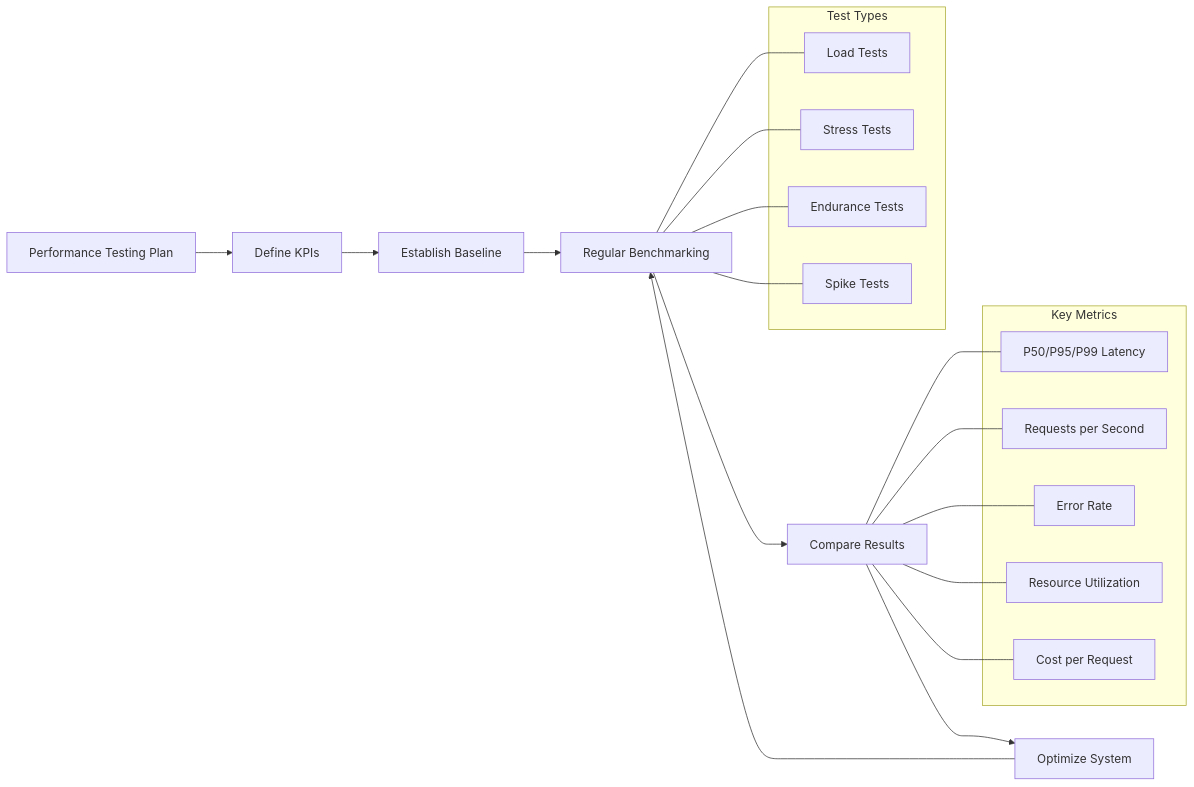
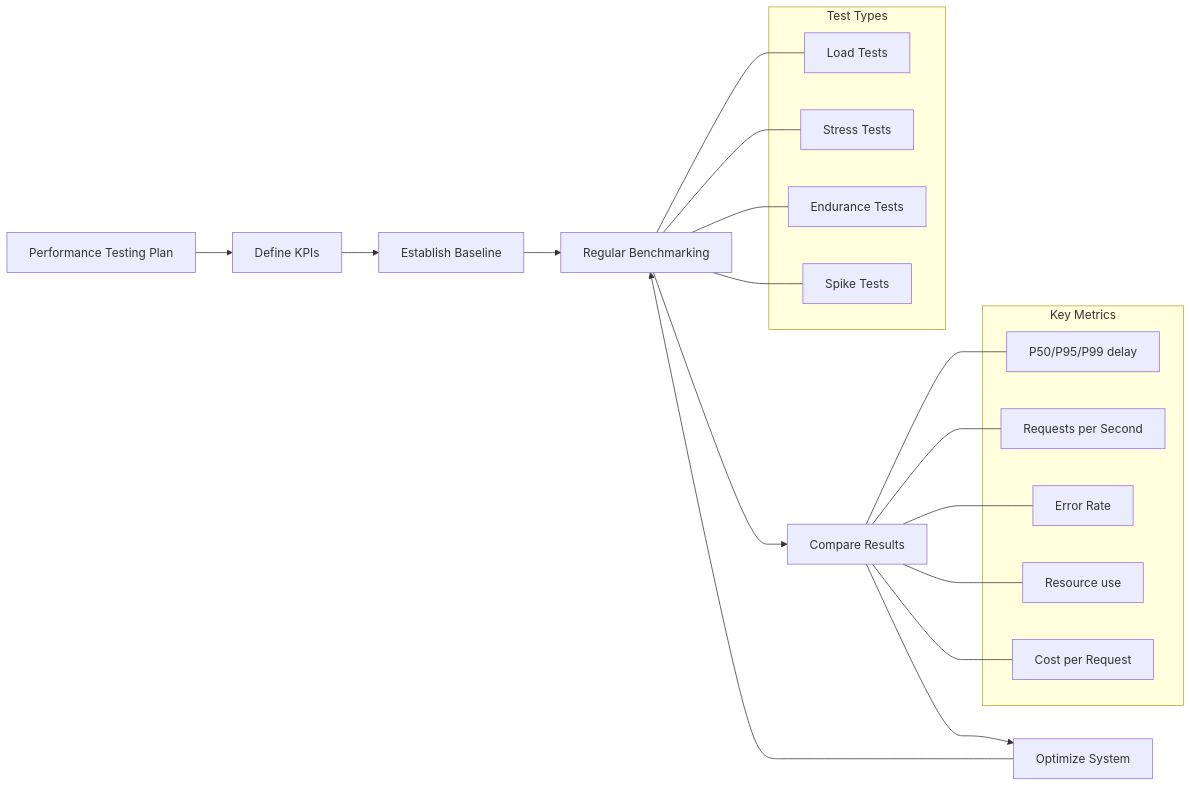
Diagram 13 of 21 in User-Guides/LangChain Agent Platform Admin Guide.md (CRollins6020/CRollins6020), drawn with Mermaid before and after one commit. The commit also changed other lines of this file, not shown here.

````diff
--- a/User-Guides/LangChain Agent Platform Admin Guide.md
+++ b/User-Guides/LangChain Agent Platform Admin Guide.md
@@ -2656,27 +2656,27 @@
 ```mermaid
 graph LR
     A[Performance Testing Plan] --> B[Define KPIs]
     B --> C[Establish Baseline]
     C --> D[Regular Benchmarking]
     D --> E[Compare Results]
     E --> F[Optimize System]
     F --> D
     
     subgraph "Test Types"
     G[Load Tests]
     H[Stress Tests]
     I[Endurance Tests]
     J[Spike Tests]
     end
     
     subgraph "Key Metrics"
-    K[P50/P95/P99 Latency]
+    K[P50/P95/P99 delay]
     L[Requests per Second]
     M[Error Rate]
-    N[Resource Utilization]
+    N[Resource use]
     O[Cost per Request]
     end
     
     D --- G & H & I & J
     E --- K & L & M & N & O
 ```
````
